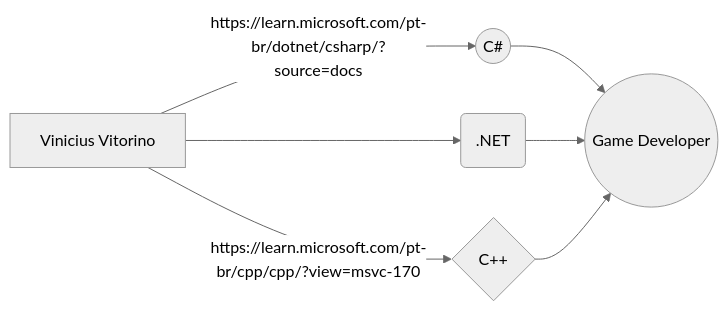
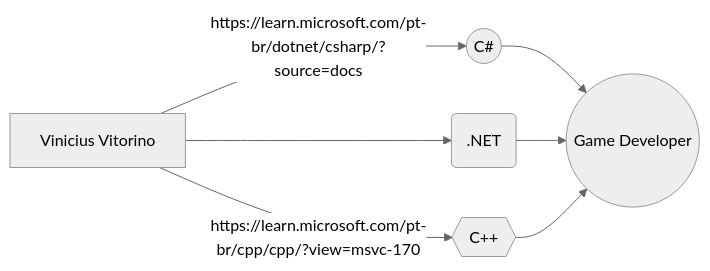
The diagram in README.md (ViniciusVitorinoSantos/EstudosCS), drawn with Mermaid (neutral theme) before and after one commit.

````diff
--- a/README.md
+++ b/README.md
@@ -4,9 +4,9 @@
 ```mermaid
 graph LR
 A[Vinicius Vitorino] -- https://learn.microsoft.com/pt-br/dotnet/csharp/?source=docs --> B((C#))
 A --> C(.NET)
-A -- https://learn.microsoft.com/pt-br/cpp/cpp/?view=msvc-170 --> E{C++}
+A -- https://learn.microsoft.com/pt-br/cpp/cpp/?view=msvc-170 --> E{{C++}}
 B --> D((Game Developer))
 C --> D
 E --> D
 ```
````
